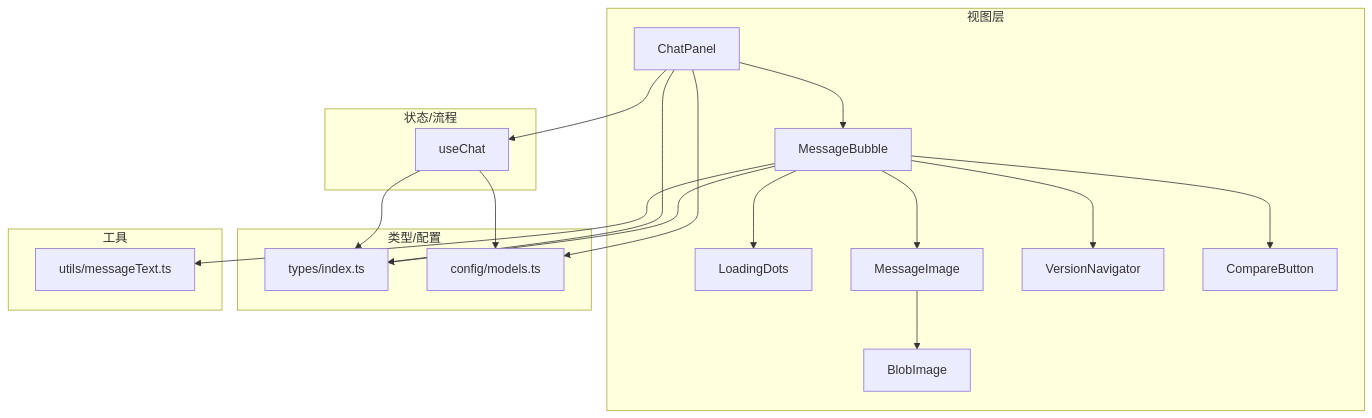
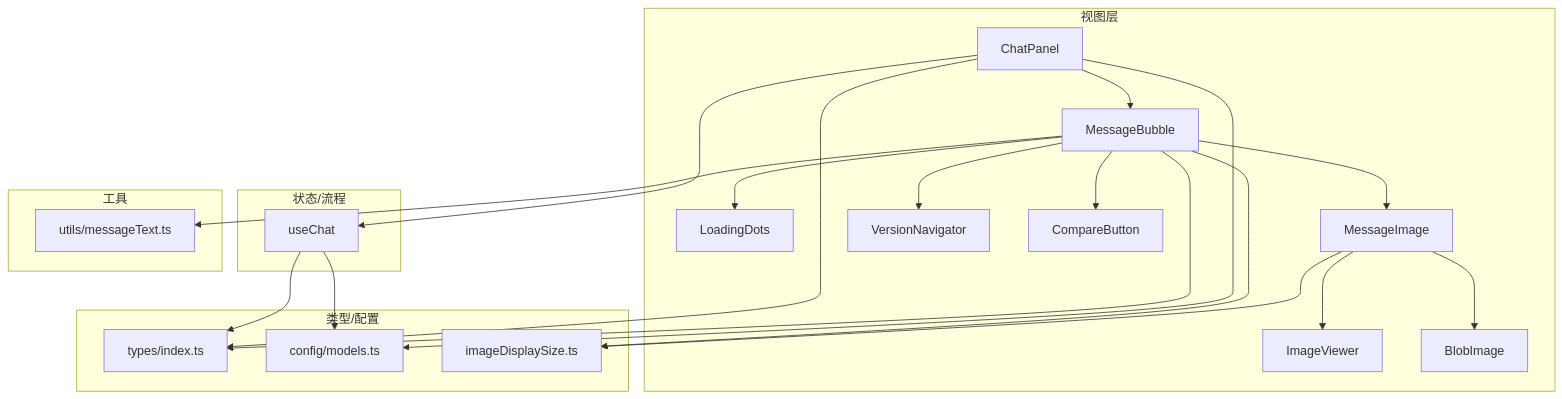
The first of 9 diagrams in .qoder/repowiki/zh/content/架构设计/组件架构设计/功能面板组件/聊天面板组件/消息渲染系统.md (billye220670/AIShop), drawn with Mermaid before and after one commit. The commit also changed other lines of this file and 40 other files, not shown here.

````diff
--- a/.qoder/repowiki/zh/content/架构设计/组件架构设计/功能面板组件/聊天面板组件/消息渲染系统.md
+++ b/.qoder/repowiki/zh/content/架构设计/组件架构设计/功能面板组件/聊天面板组件/消息渲染系统.md
@@ -62,35 +66,40 @@
 ```mermaid
 graph TB
 subgraph "视图层"
 CP["ChatPanel"]
 MB["MessageBubble"]
 LD["LoadingDots"]
 MI["MessageImage"]
+IV["ImageViewer"]
 BI["BlobImage"]
 VN["VersionNavigator"]
 CB["CompareButton"]
 end
 subgraph "状态/流程"
 UC["useChat"]
 end
 subgraph "类型/配置"
 T["types/index.ts"]
 M["config/models.ts"]
+IDS["imageDisplaySize.ts"]
 end
 subgraph "工具"
 UT["utils/messageText.ts"]
 end
 CP --> MB
 CP --> UC
 MB --> VN
 MB --> CB
 MB --> MI
+MI --> IV
 MI --> BI
 MB --> LD
 MB --> UT
 CP --> T
 MB --> T
 UC --> T
 UC --> M
 CP --> M
+MB --> IDS
+MI --> IDS
 ```
````
